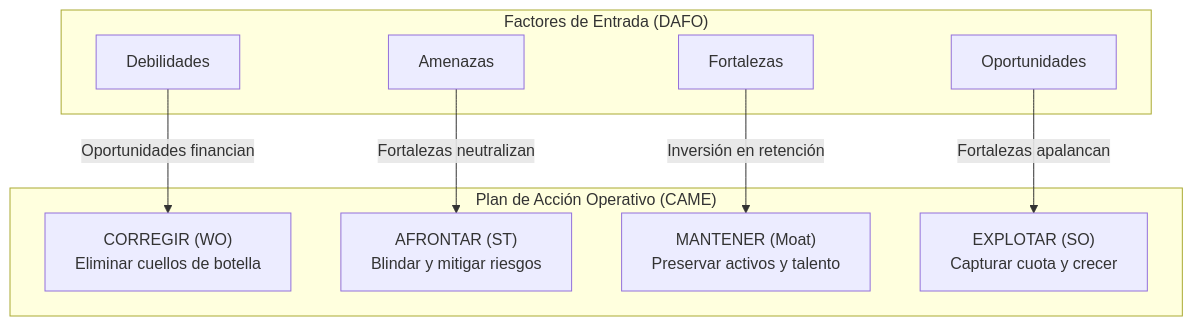
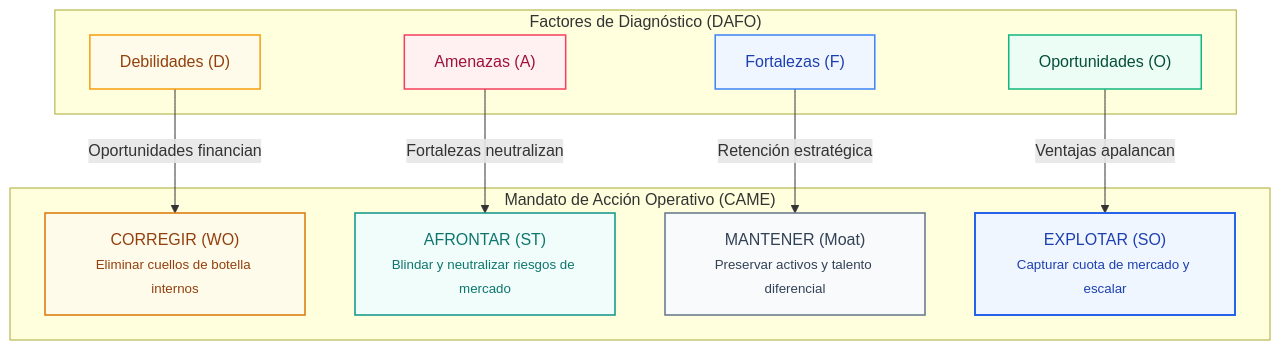
The third of 4 diagrams in content/es/posts/dafo-cuantitativo-matriz-came/index.md (Dalaez/datalaria-website), drawn with Mermaid before and after one commit. The commit also changed other lines of this file and 32 other files, not shown here.

````diff
--- a/content/es/posts/dafo-cuantitativo-matriz-came/index.md
+++ b/content/es/posts/dafo-cuantitativo-matriz-came/index.md
@@ -167,21 +202,31 @@
-```mermaid
+{{< mermaid >}}
 flowchart TD
-    subgraph DAFO_IN["Factores de Entrada (DAFO)"]
-        D[Debilidades]
-        A[Amenazas]
-        F[Fortalezas]
-        O[Oportunidades]
+    subgraph DAFO_IN["Factores de Diagnóstico (DAFO)"]
+        D["Debilidades (D)"]
+        A["Amenazas (A)"]
+        F["Fortalezas (F)"]
+        O["Oportunidades (O)"]
     end
 
-    subgraph CAME_OUT["Plan de Acción Operativo (CAME)"]
-        C["CORREGIR (WO)<br/>Eliminar cuellos de botella"]
-        AF["AFRONTAR (ST)<br/>Blindar y mitigar riesgos"]
-        M["MANTENER (Moat)<br/>Preservar activos y talento"]
-        E["EXPLOTAR (SO)<br/>Capturar cuota y crecer"]
+    subgraph CAME_OUT["Mandato de Acción Operativo (CAME)"]
+        C["CORREGIR (WO)<br/><small>Eliminar cuellos de botella internos</small>"]
+        AF["AFRONTAR (ST)<br/><small>Blindar y neutralizar riesgos de mercado</small>"]
+        M["MANTENER (Moat)<br/><small>Preservar activos y talento diferencial</small>"]
+        E["EXPLOTAR (SO)<br/><small>Capturar cuota de mercado y escalar</small>"]
     end
 
     D -->|Oportunidades financian| C
     A -->|Fortalezas neutralizan| AF
-    F -->|Inversión en retención| M
-    O -->|Fortalezas apalancan| E
-```
+    F -->|Retención estratégica| M
+    O -->|Ventajas apalancan| E
+
+    style D fill:#FFFBEB,stroke:#F59E0B,stroke-width:1.5px,color:#92400E
+    style A fill:#FFF1F2,stroke:#F43F5E,stroke-width:1.5px,color:#9F1239
+    style F fill:#EFF6FF,stroke:#3B82F6,stroke-width:1.5px,color:#1E40AF
+    style O fill:#ECFDF5,stroke:#10B981,stroke-width:1.5px,color:#064E3B
+
+    style C fill:#FFFBEB,stroke:#D97706,stroke-width:1.5px,color:#92400E
+    style AF fill:#F0FDFA,stroke:#0D9488,stroke-width:1.5px,color:#0F766E
+    style M fill:#F8FAFC,stroke:#64748B,stroke-width:1.5px,color:#334155
+    style E fill:#EFF6FF,stroke:#2563EB,stroke-width:2px,color:#1E40AF
+{{< /mermaid >}}
````
